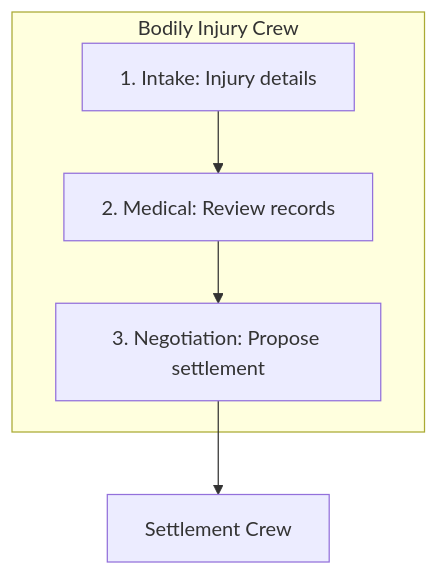
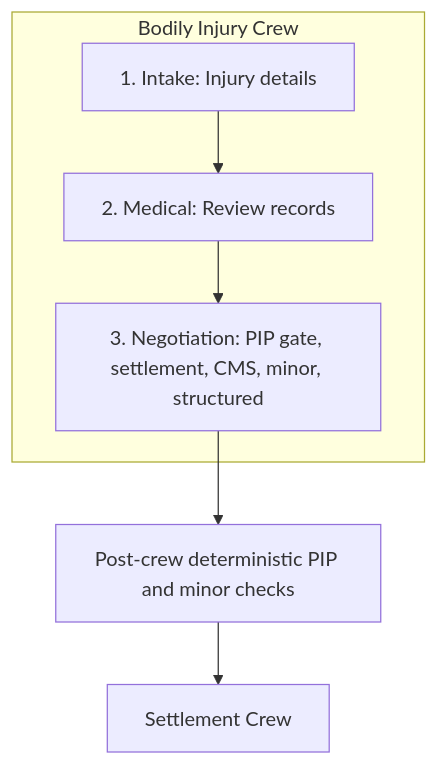
One commit to csmangum/auto-agent changed the eighth of 16 diagrams in docs/crews.md. Above: the diagram before and after it, drawn with Mermaid. The commit also changed other lines of this file and 17 other files, not shown here.

````diff
--- a/docs/crews.md
+++ b/docs/crews.md
@@ -734,8 +734,9 @@
 ```mermaid
 flowchart TB
     subgraph BI["Bodily Injury Crew"]
         A[1. Intake: Injury details] --> B[2. Medical: Review records]
-        B --> C[3. Negotiation: Propose settlement]
+        B --> C[3. Negotiation: PIP gate, settlement, CMS, minor, structured]
     end
-    C --> Settlement[Settlement Crew]
+    C --> V["Post-crew deterministic PIP and minor checks"]
+    V --> Settlement[Settlement Crew]
 ```
````
